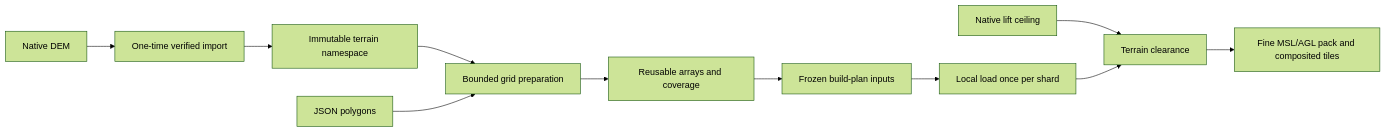
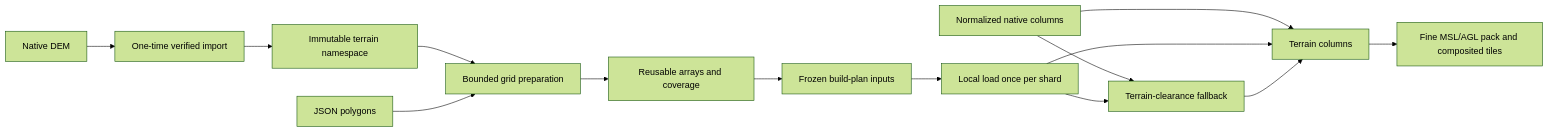
One commit to jdorrance/av-layers changed the third of 3 diagrams in docs/architecture.md. Above: the diagram before and after it, drawn with Mermaid (forest theme). The commit also changed other lines of this file and 20 other files, not shown here.

````diff
--- a/docs/architecture.md
+++ b/docs/architecture.md
@@ -111,13 +111,16 @@
 ```mermaid
 flowchart LR
   dem[Native DEM] --> ingest[One-time verified import]
   ingest --> terrain[Immutable terrain namespace]
   terrain --> prepare[Bounded grid preparation]
   zones[JSON polygons] --> prepare
   prepare --> inputs[Reusable arrays and coverage]
   inputs --> plan[Frozen build-plan inputs]
   plan --> workers[Local load once per shard]
-  native[Native lift ceiling] --> clearance[Terrain clearance]
+  weather[Normalized native columns] --> columns[Terrain columns]
+  workers --> columns
+  weather --> clearance[Terrain-clearance fallback]
   workers --> clearance
-  clearance --> agl[Fine MSL/AGL pack and composited tiles]
+  clearance --> columns
+  columns --> agl[Fine MSL/AGL pack and composited tiles]
 ```
````
